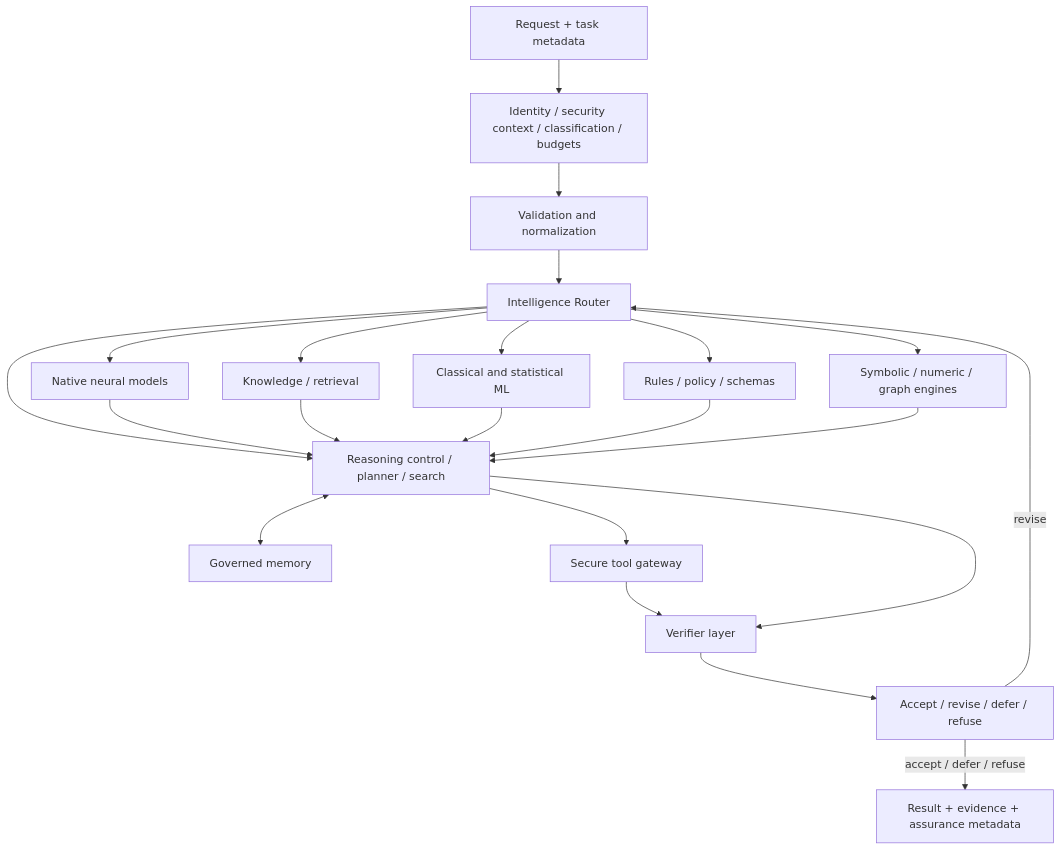
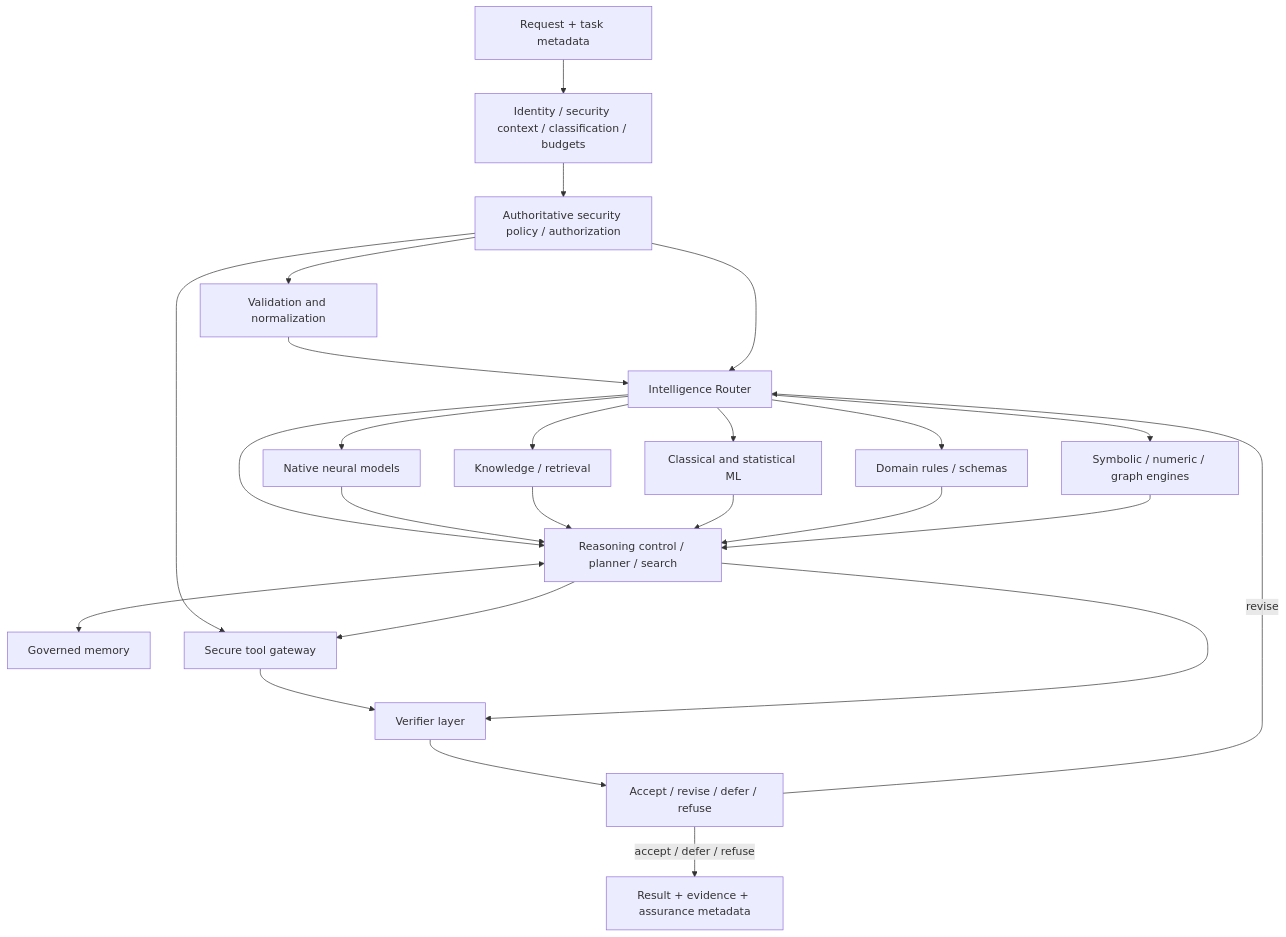
The diagram in docs/architecture/native-brain-system.md (CyberSecGPT/cybersecgpt-docs), drawn with Mermaid before and after one commit. The commit also changed other lines of this file, not shown here.

````diff
--- a/docs/architecture/native-brain-system.md
+++ b/docs/architecture/native-brain-system.md
@@ -66,40 +72,43 @@
 ```mermaid
 flowchart TB
     Request[Request + task metadata]
     Context[Identity / security context / classification / budgets]
+    SecurityPolicy[Authoritative security policy / authorization]
     Validate[Validation and normalization]
     Router[Intelligence Router]
 
     Neural[Native neural models]
     Knowledge[Knowledge / retrieval]
     Classical[Classical and statistical ML]
-    Rules[Rules / policy / schemas]
+    Rules[Domain rules / schemas]
     Symbolic[Symbolic / numeric / graph engines]
     Reasoning[Reasoning control / planner / search]
     Memory[Governed memory]
     Tools[Secure tool gateway]
 
     Verify[Verifier layer]
     Decision[Accept / revise / defer / refuse]
     Output[Result + evidence + assurance metadata]
 
-    Request --> Context --> Validate --> Router
+    Request --> Context --> SecurityPolicy --> Validate --> Router
+    SecurityPolicy --> Router
+    SecurityPolicy --> Tools
     Router --> Neural
     Router --> Knowledge
     Router --> Classical
     Router --> Rules
     Router --> Symbolic
     Router --> Reasoning
     Reasoning <--> Memory
     Reasoning --> Tools
     Neural --> Reasoning
     Knowledge --> Reasoning
     Classical --> Reasoning
     Rules --> Reasoning
     Symbolic --> Reasoning
     Tools --> Verify
     Reasoning --> Verify
     Verify --> Decision
     Decision -->|revise| Router
     Decision -->|accept / defer / refuse| Output
 ```
````
